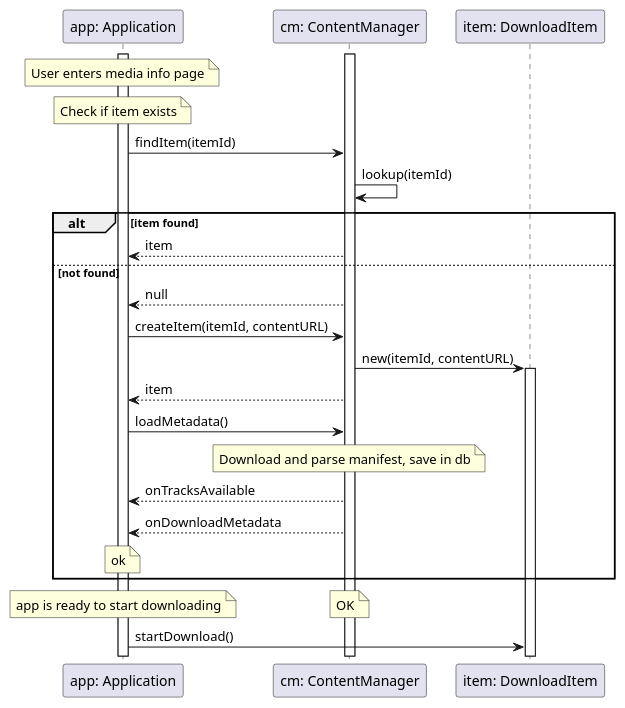
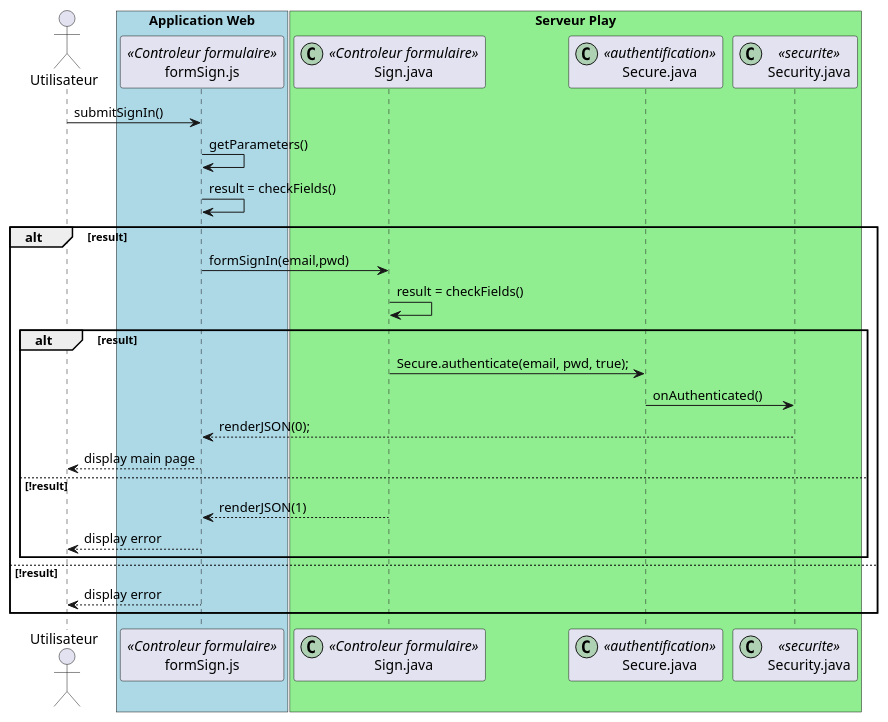
One commit to emonidi/puml2json changed the diagram in examples/simple.puml. Above: the diagram before and after it, drawn with PlantUML. The commit also changed 2 other files, not shown here.

Commit message:
added box support

```diff
--- a/examples/simple.puml
+++ b/examples/simple.puml
@@ -1,35 +1,42 @@
 @startuml
-note left: test note
-participant "app: Application" as app
-participant "cm: ContentManager" as cm
-participant "item: DownloadItem" as item
 
-activate app
-activate cm
+actor Utilisateur as user
+participant "formSign.js" as form <<Controleur formulaire>>
+participant "Sign.java" as controler <<(C,#ADD1B2) Controleur formulaire>>
+participant "Secure.java" as secure <<(C,#ADD1B2) authentification>>
+participant "Security.java" as security <<(C,#ADD1B2) securite>>
 
-note over app: User enters media info page
+box "Application Web" #LightBlue
+	participant form
+end box
 
-note over app: Check if item exists
-app->cm: findItem(itemId)
-cm->cm: lookup(itemId)
+box "Serveur Play" #LightGreen
+	participant controler
+	participant secure
+	participant security
+end box
 
-alt item found
-    cm-->app: item
-else not found
-    cm-->app: null
-    app->cm: createItem(itemId, contentURL)
-    cm->item: new(itemId, contentURL)
-    activate item
-    cm-->app: item
+user -> form : submitSignIn()
+form -> form : getParameters()
+form -> form : result = checkFields()
 
-    app->cm: loadMetadata()
-    note over cm:Download and parse manifest, save in db
-    cm-->app: onTracksAvailable
-    cm-->app: onDownloadMetadata
-    note over app: ok
+alt result
+
+    form -> controler : formSignIn(email,pwd)
+    controler -> controler : result = checkFields()
+    
+    alt result
+    	controler -> secure : Secure.authenticate(email, pwd, true);
+    	secure -> security : onAuthenticated()
+    	security --> form : renderJSON(0);
+    	form --> user : display main page
+    else !result
+    	controler --> form : renderJSON(1)
+    	form --> user : display error
     end group
+    
+else !result
+	form --> user : display error
+end group
 
-    note over app: app is ready to start downloading
-    / note over cm: OK
-    app->item: startDownload()
 @enduml
```
